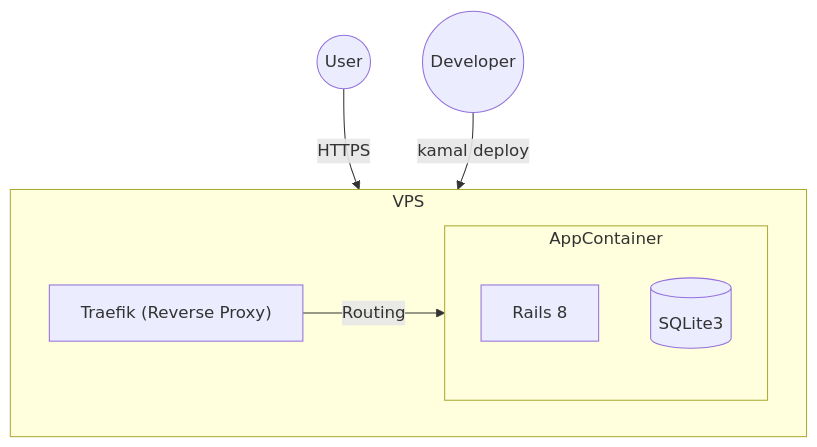
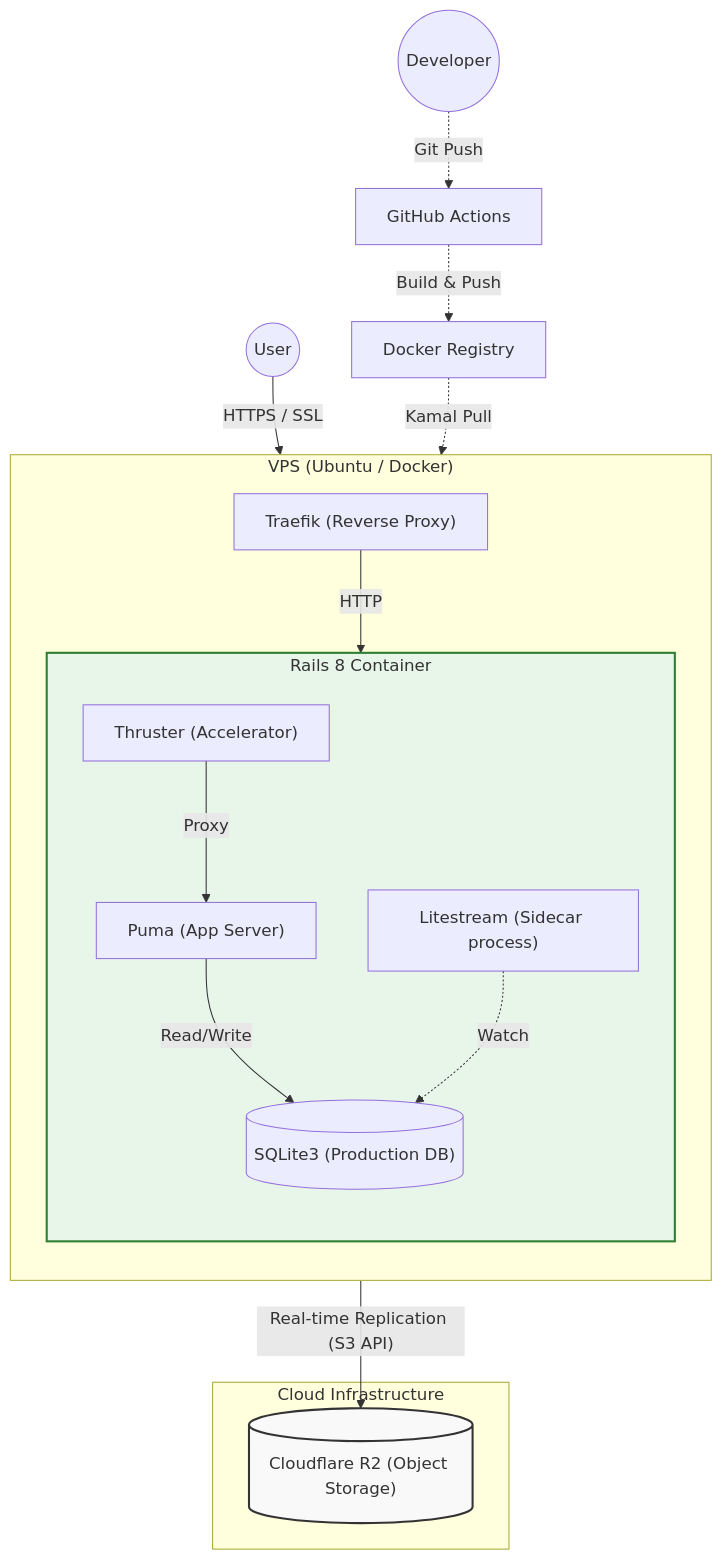
Before and after one commit to php8-study/php8-study-app: the second of 2 diagrams in README.md, drawn with Mermaid. The commit also changed other lines of this file, not shown here.

Commit message:
Readmeを更新

````diff
--- a/README.md
+++ b/README.md
@@ -172,15 +180,34 @@
 ```mermaid
 graph TD
-    User((User)) -->|HTTPS| VPS["VPS (Ubuntu)"]
+    classDef cloud fill:#f9f9f9,stroke:#333,stroke-width:2px;
+    classDef storage fill:#e1f5fe,stroke:#0277bd,stroke-width:2px;
+    classDef app fill:#e8f5e9,stroke:#2e7d32,stroke-width:2px;
 
-    subgraph VPS
-        Traefik["Traefik (Reverse Proxy)"] -->|Routing| AppContainer["Rails App Container"]
+    User((User)) -->|"HTTPS / SSL"| Traefik
 
-        subgraph AppContainer
-            Rails["Rails 8"]
-            SQLite[("SQLite3")]
+    subgraph VPS ["VPS (Ubuntu / Docker)"]
+        direction TB
+        Traefik["Traefik (Reverse Proxy)"] -->|HTTP| Thruster
+
+        subgraph AppContainer ["Rails 8 Container"]
+            direction TB
+            Thruster["Thruster (Accelerator)"] -->|Proxy| Puma["Puma (App Server)"]
+            Puma -->|"Read/Write"| SQLite[("SQLite3 (Production DB)")]
+            
+            Litestream["Litestream (Sidecar process)"] -.->|Watch| SQLite
         end
     end
 
-    Dev((Developer)) -->|kamal deploy| VPS
+    subgraph Cloud ["Cloud Infrastructure"]
+        R2[("Cloudflare R2 (Object Storage)")]:::storage
+    end
+
+    Litestream -->|"Real-time Replication (S3 API)"| R2
+
+    Dev((Developer)) -.->|"Git Push"| GitHub["GitHub Actions"]
+    GitHub -.->|"Build & Push"| Registry["Docker Registry"]
+    Registry -.->|"Kamal Pull"| VPS
+
+    class R2 cloud
+    class AppContainer app
 ```
````
